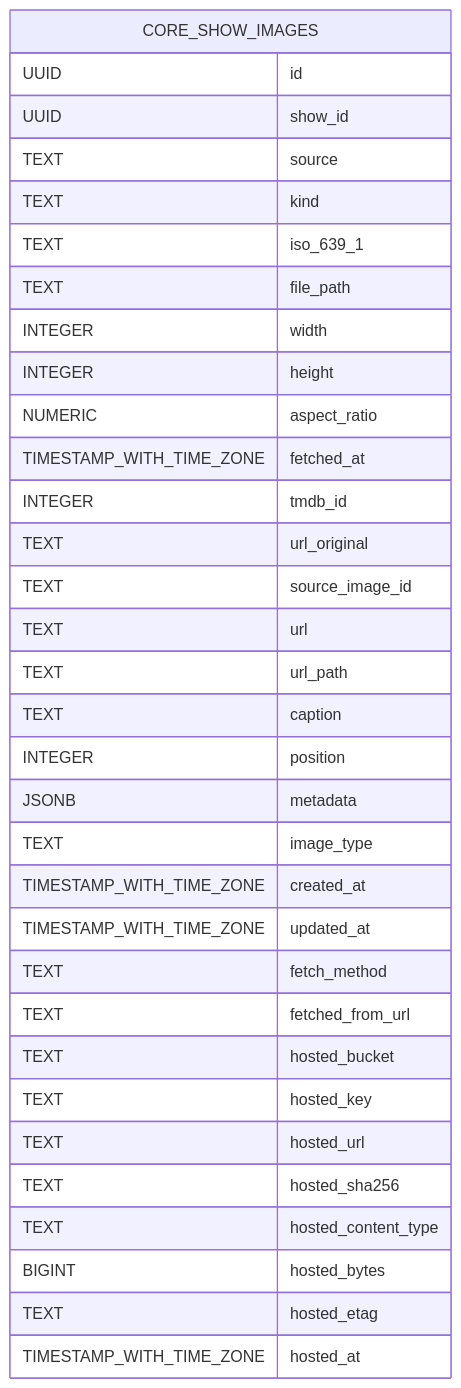
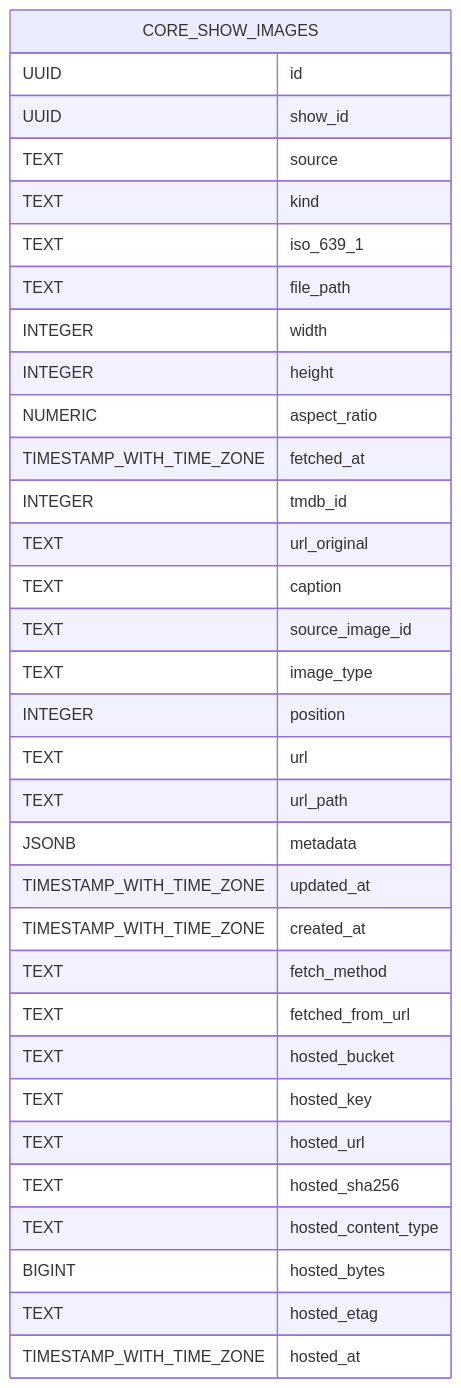
Before and after one commit to therealityreport/trr-backend: the diagram in supabase/schema_docs/diagrams/core.show_images.mermaid.md, drawn with Mermaid. The commit also changed other lines of this file and 12 other files, not shown here.

Commit message:
docs: update schema docs

````diff
--- a/supabase/schema_docs/diagrams/core.show_images.mermaid.md
+++ b/supabase/schema_docs/diagrams/core.show_images.mermaid.md
@@ -4,36 +4,36 @@
 ```mermaid
 erDiagram
     CORE_SHOW_IMAGES {
         UUID id
         UUID show_id
         TEXT source
         TEXT kind
         TEXT iso_639_1
         TEXT file_path
         INTEGER width
         INTEGER height
         NUMERIC aspect_ratio
         TIMESTAMP_WITH_TIME_ZONE fetched_at
         INTEGER tmdb_id
         TEXT url_original
+        TEXT caption
         TEXT source_image_id
+        TEXT image_type
+        INTEGER position
         TEXT url
         TEXT url_path
-        TEXT caption
-        INTEGER position
         JSONB metadata
-        TEXT image_type
+        TIMESTAMP_WITH_TIME_ZONE updated_at
         TIMESTAMP_WITH_TIME_ZONE created_at
-        TIMESTAMP_WITH_TIME_ZONE updated_at
         TEXT fetch_method
         TEXT fetched_from_url
         TEXT hosted_bucket
         TEXT hosted_key
         TEXT hosted_url
         TEXT hosted_sha256
         TEXT hosted_content_type
         BIGINT hosted_bytes
         TEXT hosted_etag
         TIMESTAMP_WITH_TIME_ZONE hosted_at
     }
 ```
````
